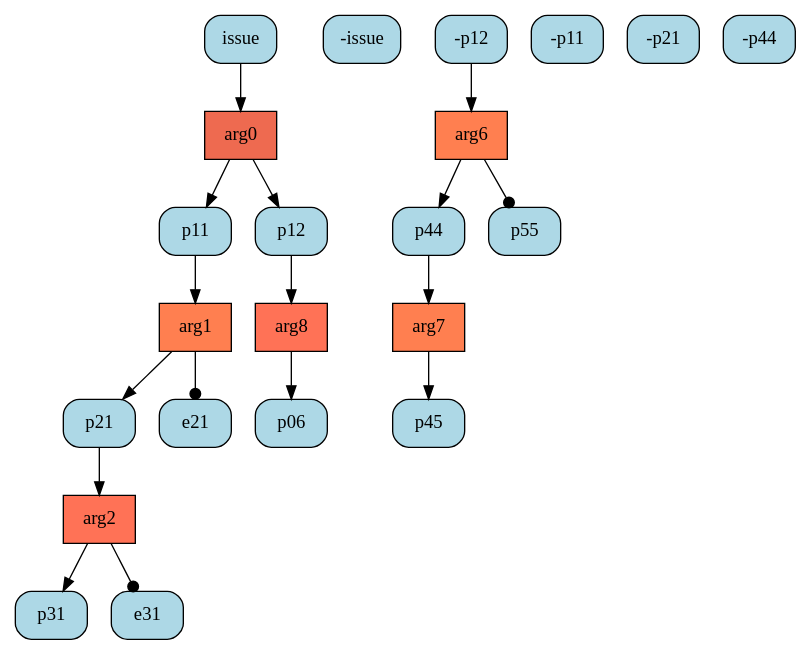
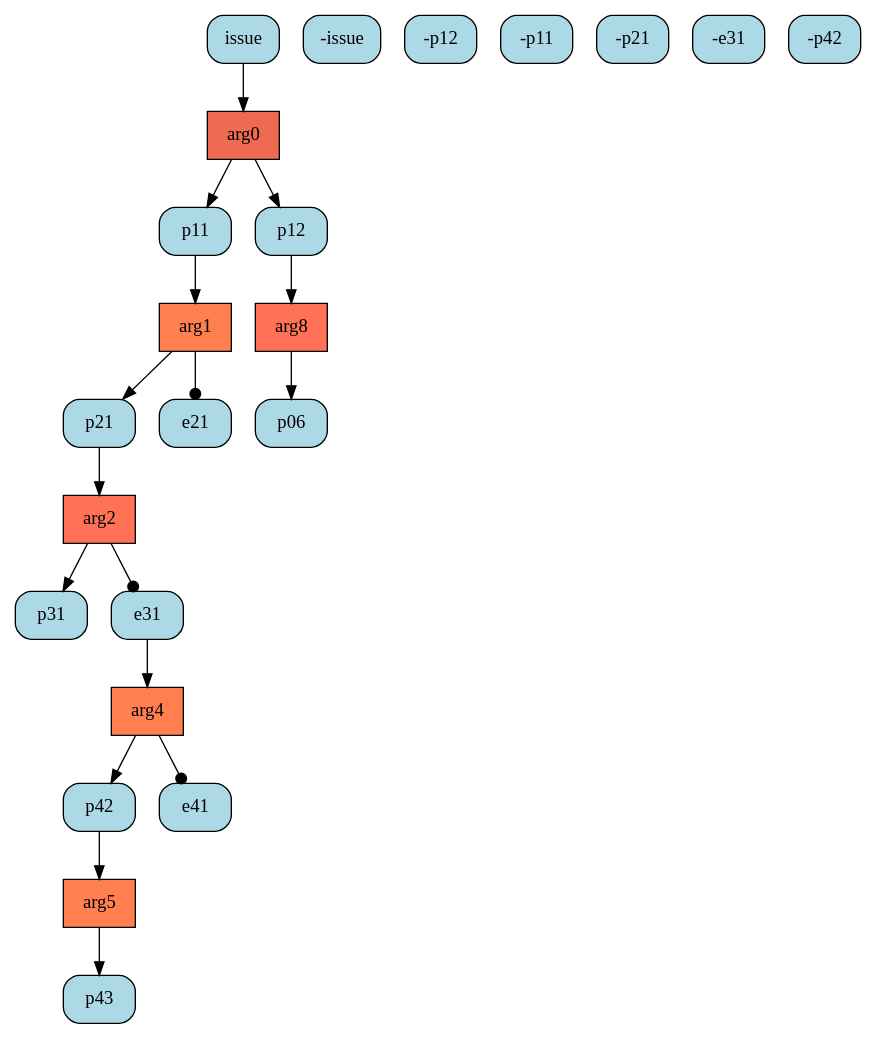
Before and after one commit to goweiting/carneades-ext: the diagram in system/dot/deep1vs1/1_1-1.dot, drawn with Graphviz. The commit also changed 114 other files, not shown here.

```diff
--- a/system/dot/deep1vs1/1_1-1.dot
+++ b/system/dot/deep1vs1/1_1-1.dot
@@ -1,40 +1,41 @@
 digraph G{ 
 "arg0" [color="black", fillcolor="coral2",fixedsize=false, shape=box, style="filled"]; 
 "issue" [color="black", fillcolor="lightblue", fixedsize=false,  shape="box", style="rounded,filled"]; 
 "-issue" [color="black", fillcolor="lightblue", fixedsize=false,  shape="box", style="rounded,filled"]; 
 "p11" [color="black", fillcolor="lightblue", fixedsize=false,  shape="box", style="rounded,filled"]; 
 "p12" [color="black", fillcolor="lightblue", fixedsize=false,  shape="box", style="rounded,filled"]; 
 "arg8" [color="black", fillcolor="coral1",fixedsize=false, shape=box, style="filled"]; 
 "-p12" [color="black", fillcolor="lightblue", fixedsize=false,  shape="box", style="rounded,filled"]; 
 "p06" [color="black", fillcolor="lightblue", fixedsize=false,  shape="box", style="rounded,filled"]; 
 "arg1" [color="black", fillcolor="coral",fixedsize=false, shape=box, style="filled"]; 
 "-p11" [color="black", fillcolor="lightblue", fixedsize=false,  shape="box", style="rounded,filled"]; 
 "p21" [color="black", fillcolor="lightblue", fixedsize=false,  shape="box", style="rounded,filled"]; 
 "e21" [color="black", fillcolor="lightblue", fixedsize=false,  shape="box", style="rounded,filled"]; 
 "arg2" [color="black", fillcolor="coral1",fixedsize=false, shape=box, style="filled"]; 
 "-p21" [color="black", fillcolor="lightblue", fixedsize=false,  shape="box", style="rounded,filled"]; 
 "p31" [color="black", fillcolor="lightblue", fixedsize=false,  shape="box", style="rounded,filled"]; 
 "e31" [color="black", fillcolor="lightblue", fixedsize=false,  shape="box", style="rounded,filled"]; 
-"arg6" [color="black", fillcolor="coral",fixedsize=false, shape=box, style="filled"]; 
-"p44" [color="black", fillcolor="lightblue", fixedsize=false,  shape="box", style="rounded,filled"]; 
-"p55" [color="black", fillcolor="lightblue", fixedsize=false,  shape="box", style="rounded,filled"]; 
-"arg7" [color="black", fillcolor="coral",fixedsize=false, shape=box, style="filled"]; 
-"-p44" [color="black", fillcolor="lightblue", fixedsize=false,  shape="box", style="rounded,filled"]; 
-"p45" [color="black", fillcolor="lightblue", fixedsize=false,  shape="box", style="rounded,filled"]; 
+"arg4" [color="black", fillcolor="coral",fixedsize=false, shape=box, style="filled"]; 
+"-e31" [color="black", fillcolor="lightblue", fixedsize=false,  shape="box", style="rounded,filled"]; 
+"p42" [color="black", fillcolor="lightblue", fixedsize=false,  shape="box", style="rounded,filled"]; 
+"e41" [color="black", fillcolor="lightblue", fixedsize=false,  shape="box", style="rounded,filled"]; 
+"arg5" [color="black", fillcolor="coral",fixedsize=false, shape=box, style="filled"]; 
+"-p42" [color="black", fillcolor="lightblue", fixedsize=false,  shape="box", style="rounded,filled"]; 
+"p43" [color="black", fillcolor="lightblue", fixedsize=false,  shape="box", style="rounded,filled"]; 
 "issue" -> "arg0" ; 
 "arg0" -> "p11" ; 
 "arg0" -> "p12" ; 
 "p12" -> "arg8" ; 
 "arg8" -> "p06" ; 
 "p11" -> "arg1" ; 
 "arg1" -> "p21" ; 
 "arg1" -> "e21" [arrowhead=dot] ; 
 "p21" -> "arg2" ; 
 "arg2" -> "p31" ; 
 "arg2" -> "e31" [arrowhead=dot] ; 
-"-p12" -> "arg6" ; 
-"arg6" -> "p44" ; 
-"arg6" -> "p55" [arrowhead=dot] ; 
-"p44" -> "arg7" ; 
-"arg7" -> "p45" ; 
+"e31" -> "arg4" ; 
+"arg4" -> "p42" ; 
+"arg4" -> "e41" [arrowhead=dot] ; 
+"p42" -> "arg5" ; 
+"arg5" -> "p43" ; 
 }
```
